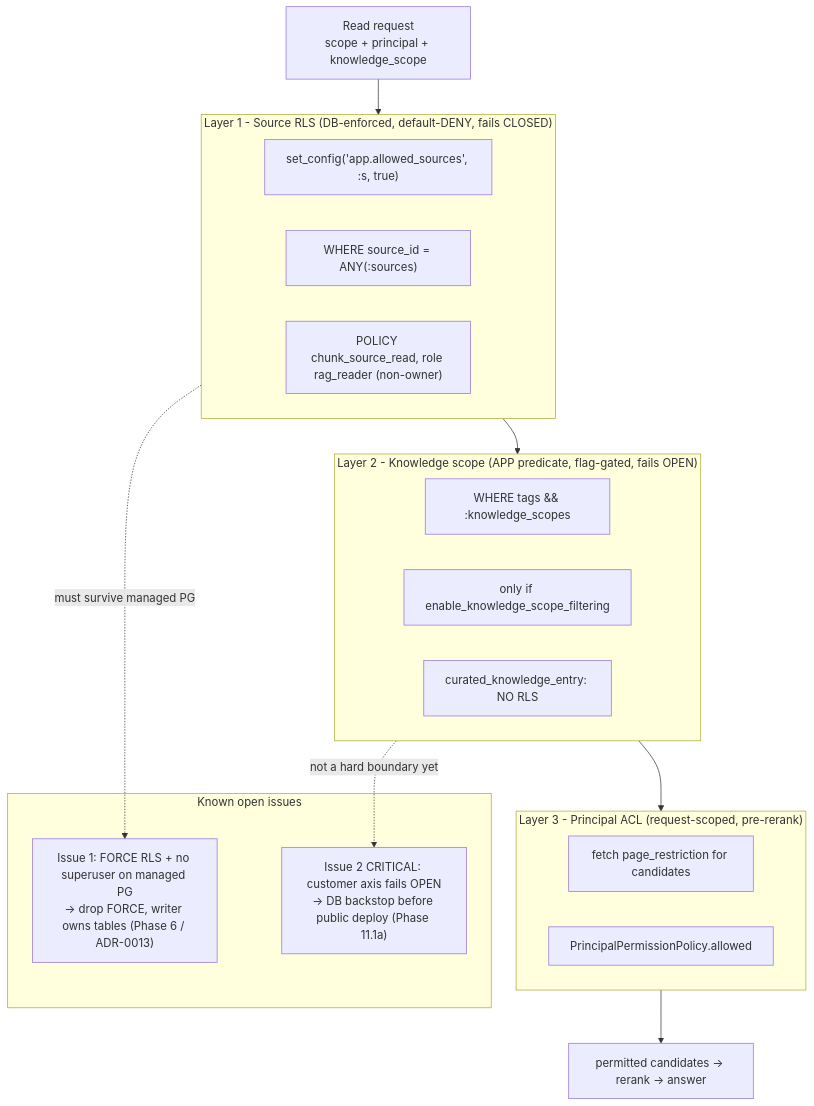
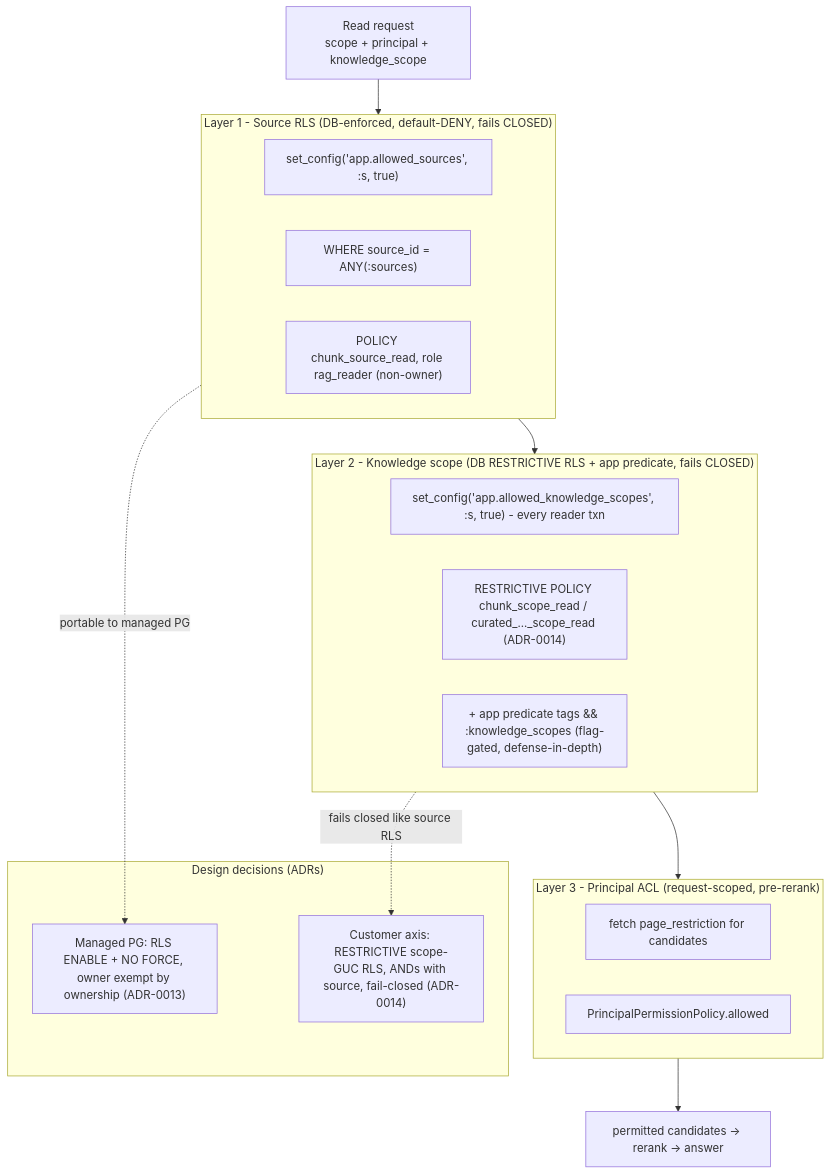
One commit to vansteenbergenmatisse/Obi_v1 changed the fifth of 6 diagrams in docs/final_design/06-system-visualization.md. Above: the diagram before and after it, drawn with Mermaid. The commit also changed other lines of this file and 6 other files, not shown here.

First line of the commit message:
docs(final_design): reframe as target design of record, not as-built

````diff
--- a/docs/final_design/06-system-visualization.md
+++ b/docs/final_design/06-system-visualization.md
@@ -262,28 +262,28 @@
 ```mermaid
 flowchart TB
   REQ["Read request<br/>scope + principal + knowledge_scope"] --> L1
   subgraph L1["Layer 1 - Source RLS (DB-enforced, default-DENY, fails CLOSED)"]
     G1["set_config('app.allowed_sources', :s, true)"]
     G2["WHERE source_id = ANY(:sources)"]
     POL["POLICY chunk_source_read, role rag_reader (non-owner)"]
   end
   L1 --> L2
-  subgraph L2["Layer 2 - Knowledge scope (APP predicate, flag-gated, fails OPEN)"]
-    K1["WHERE tags && :knowledge_scopes"]
-    K2["only if enable_knowledge_scope_filtering"]
-    K3["curated_knowledge_entry: NO RLS"]
+  subgraph L2["Layer 2 - Knowledge scope (DB RESTRICTIVE RLS + app predicate, fails CLOSED)"]
+    K0["set_config('app.allowed_knowledge_scopes', :s, true) - every reader txn"]
+    K1["RESTRICTIVE POLICY chunk_scope_read / curated_..._scope_read (ADR-0014)"]
+    K2["+ app predicate tags && :knowledge_scopes (flag-gated, defense-in-depth)"]
   end
   L2 --> L3
   subgraph L3["Layer 3 - Principal ACL (request-scoped, pre-rerank)"]
     A1["fetch page_restriction for candidates"]
     A2["PrincipalPermissionPolicy.allowed"]
   end
   L3 --> OUT["permitted candidates -> rerank -> answer"]
 
-  subgraph ISS["Known open issues"]
-    I1["Issue 1: FORCE RLS + no superuser on managed PG<br/>-> drop FORCE, writer owns tables (Phase 6 / ADR-0013)"]
-    I2["Issue 2 CRITICAL: customer axis fails OPEN<br/>-> DB backstop before public deploy (Phase 11.1a)"]
+  subgraph DES["Design decisions (ADRs)"]
+    I1["Managed PG: RLS ENABLE + NO FORCE, owner exempt by ownership (ADR-0013)"]
+    I2["Customer axis: RESTRICTIVE scope-GUC RLS, ANDs with source, fail-closed (ADR-0014)"]
   end
-  L1 -. "must survive managed PG" .-> I1
-  L2 -. "not a hard boundary yet" .-> I2
+  L1 -. "portable to managed PG" .-> I1
+  L2 -. "fails closed like source RLS" .-> I2
 ```
````
